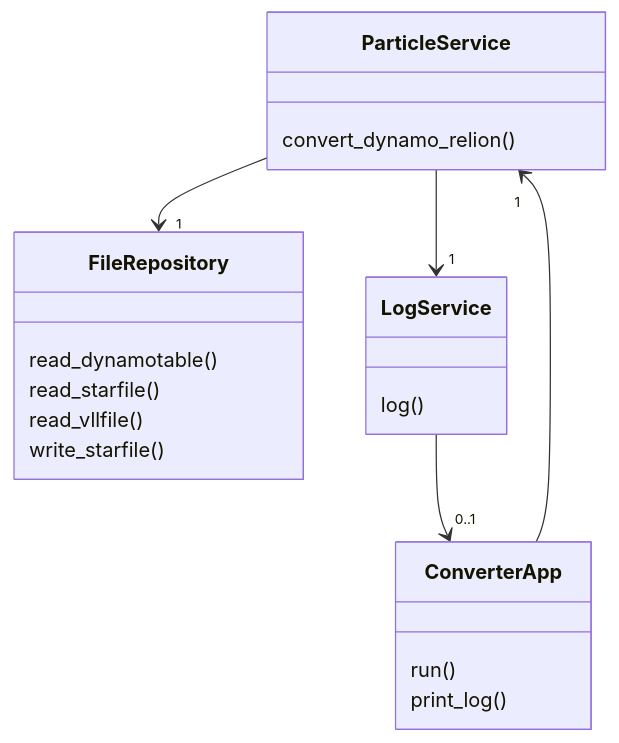
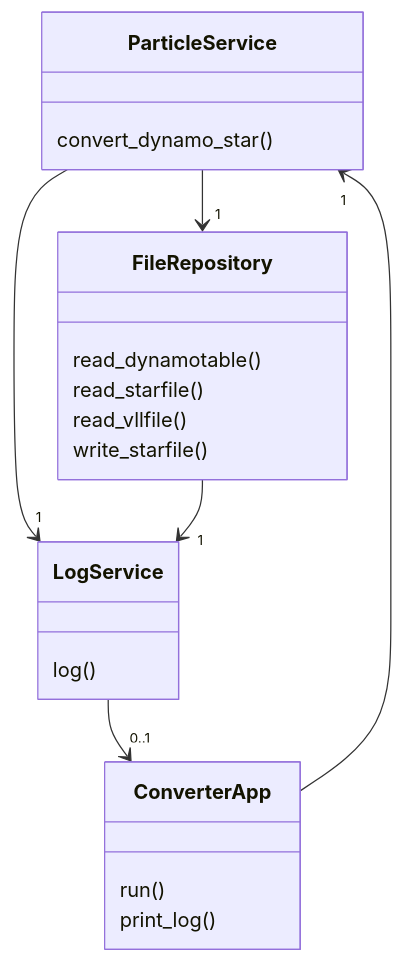
One commit to lainahai/ot-harjoitustyo changed the first of 2 diagrams in dokumentaatio/arkkitehtuuri.md. Above: the diagram before and after it, drawn with Mermaid. The commit also changed other lines of this file and 13 other files, not shown here.

````diff
--- a/dokumentaatio/arkkitehtuuri.md
+++ b/dokumentaatio/arkkitehtuuri.md
@@ -2,23 +21,24 @@
 ```mermaid
  classDiagram
     ParticleService --> "1" FileRepository
     ParticleService --> "1" LogService
+    FileRepository --> "1" LogService
     LogService --> "0..1" ConverterApp
     ConverterApp --> "1" ParticleService
     class ParticleService{
-        convert_dynamo_relion()
+        convert_dynamo_star()
     }
     class FileRepository{
         read_dynamotable()
         read_starfile()
         read_vllfile()
         write_starfile()
     }
     class LogService{
         log()
     }
     class ConverterApp{
         run()
         print_log()
     }
 ```
````
